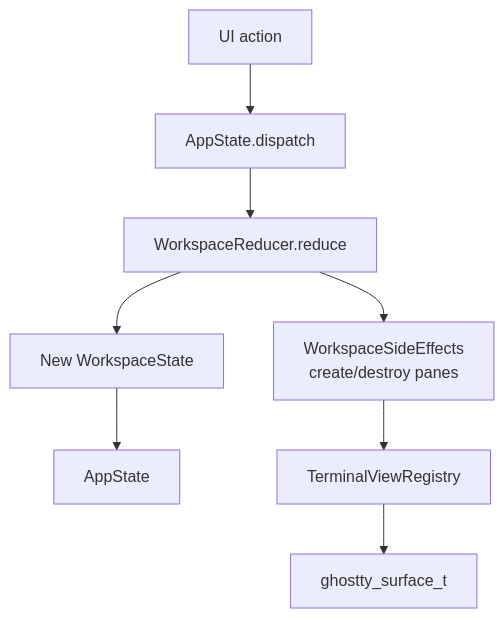
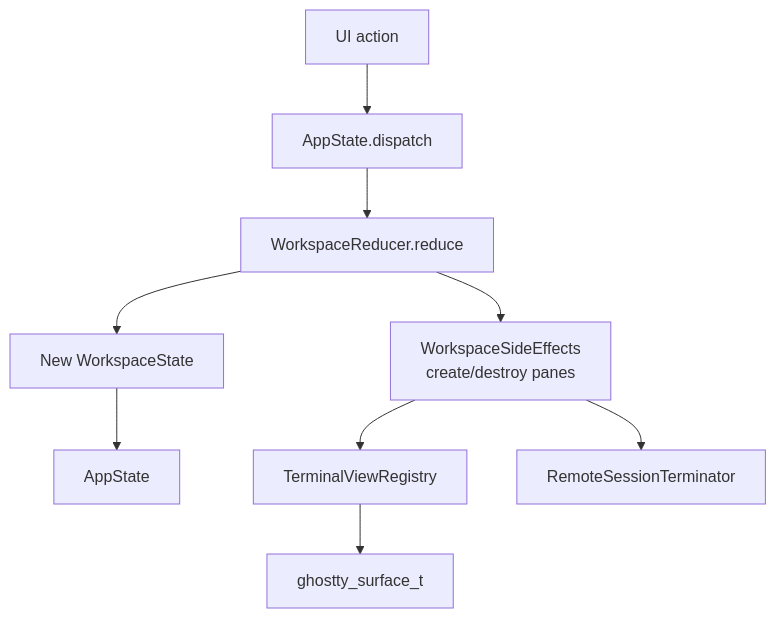
Before and after one commit to imehsanullah/muxy: the first of 2 diagrams in docs/developer/architecture/state-management.md, drawn with Mermaid. The commit also changed other lines of this file and 26 other files, not shown here.

````diff
--- a/docs/developer/architecture/state-management.md
+++ b/docs/developer/architecture/state-management.md
@@ -7,10 +7,11 @@
 ```mermaid
 flowchart TB
   UI[UI action] --> Dispatch[AppState.dispatch]
   Dispatch --> Reducer[WorkspaceReducer.reduce]
   Reducer --> NewState[New WorkspaceState]
   Reducer --> SideEffects[WorkspaceSideEffects<br/>create/destroy panes]
   NewState --> AppState
   SideEffects --> Registry[TerminalViewRegistry]
+  SideEffects --> RemoteCleanup[RemoteSessionTerminator]
   Registry --> Ghostty[ghostty_surface_t]
 ```
````
